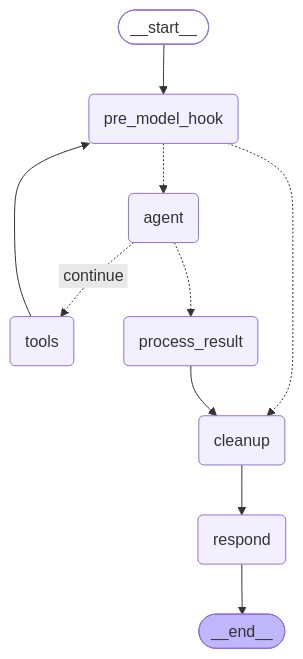
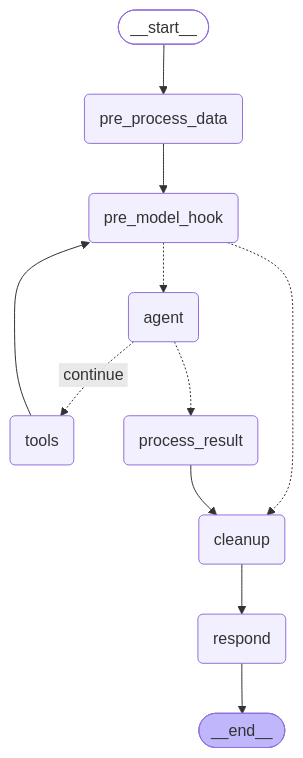
The diagram in chat-server/app/workflow/graph/graph_mermaid/visualize_data_graph.mmd (factly/gopie), drawn with Mermaid before and after one commit. The commit also changed 11 other files, not shown here.

```diff
--- a/chat-server/app/workflow/graph/graph_mermaid/visualize_data_graph.mmd
+++ b/chat-server/app/workflow/graph/graph_mermaid/visualize_data_graph.mmd
@@ -1,26 +1,28 @@
 ---
 config:
   flowchart:
     curve: basis
 ---
 graph TD;
 	__start__([<p>__start__</p>]):::first
+	pre_process_data(pre_process_data)
 	pre_model_hook(pre_model_hook)
 	agent(agent)
 	tools(tools)
 	process_result(process_result)
 	cleanup(cleanup)
 	respond(respond)
 	__end__([<p>__end__</p>]):::last
-	__start__ --> pre_model_hook;
+	__start__ --> pre_process_data;
 	agent -.-> process_result;
 	agent -. &nbsp;continue&nbsp; .-> tools;
 	cleanup --> respond;
 	pre_model_hook -.-> agent;
 	pre_model_hook -.-> cleanup;
+	pre_process_data --> pre_model_hook;
 	process_result --> cleanup;
 	tools --> pre_model_hook;
 	respond --> __end__;
 	classDef default fill:#f2f0ff,line-height:1.2
 	classDef first fill-opacity:0
 	classDef last fill:#bfb6fc
```
